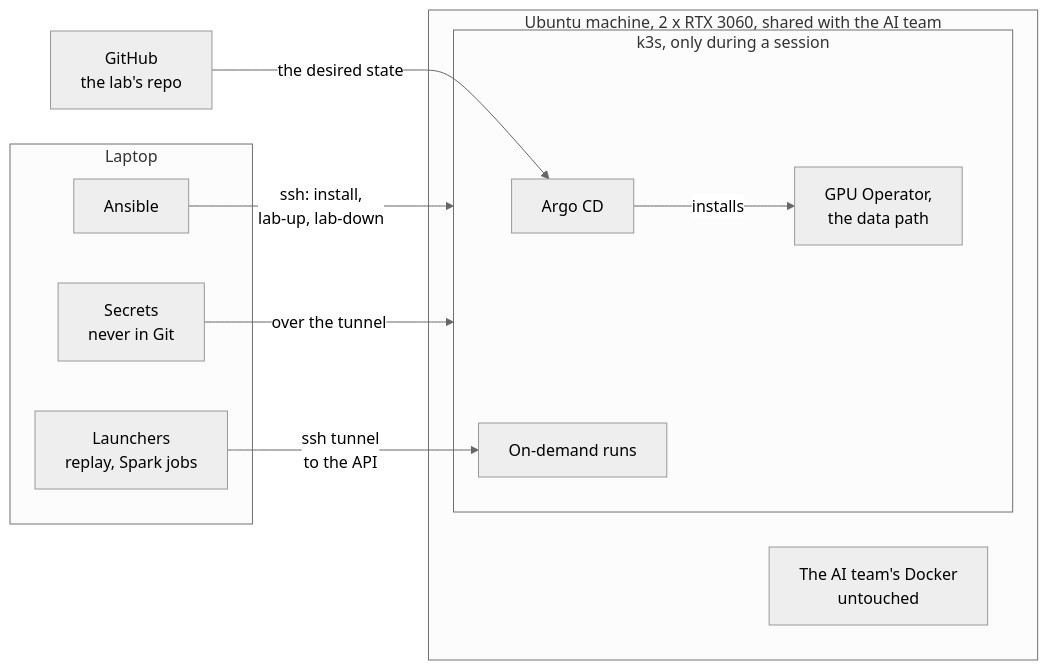
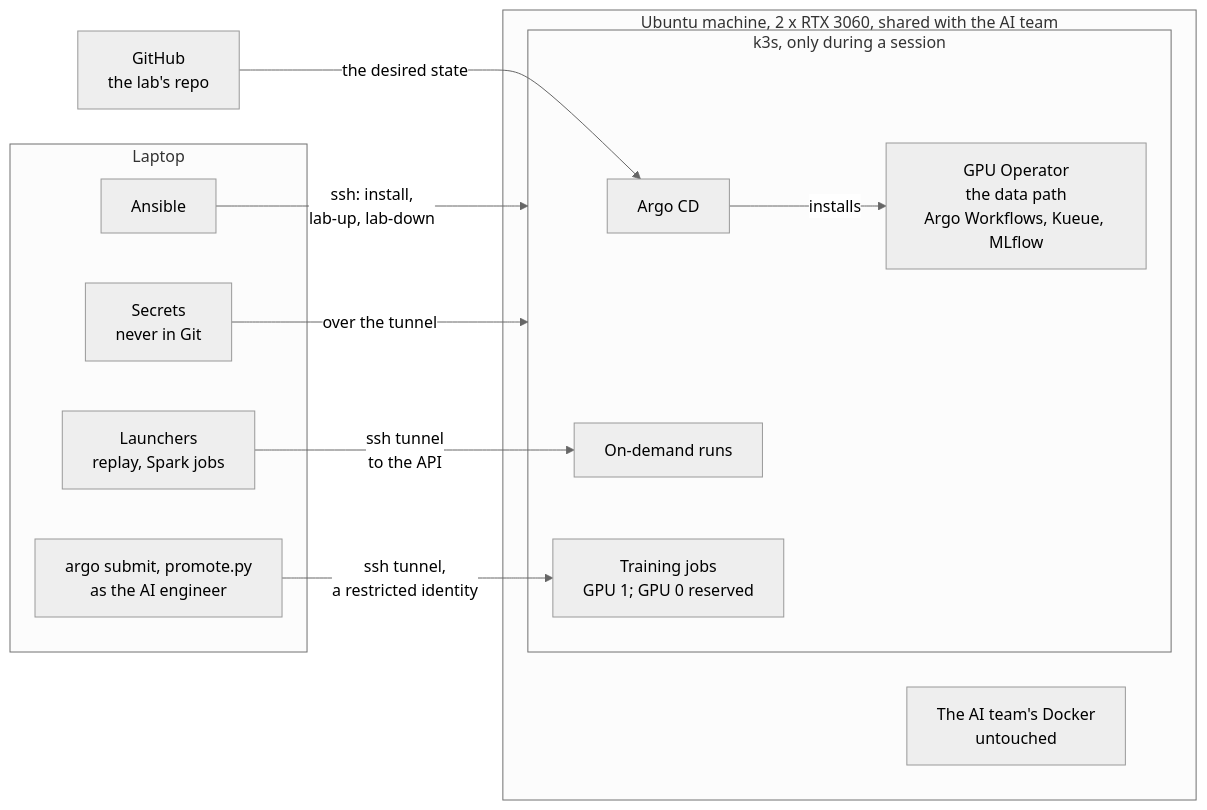
The fourth of 5 diagrams in README.md (caokgit/ocr-platform), drawn with Mermaid (neutral theme) before and after one commit. The commit also changed other lines of this file and 47 other files, not shown here.

Commit message:
The training platform (phase 2b): one argo submit trains the detector, Kueue queues the GPU, MLflow tracks and registers, a promotion gate with a measured margin; T2 done for the detector, T7 and T8 half done, T1 not met as written (#11)

````diff
--- a/README.md
+++ b/README.md
@@ -146,21 +176,24 @@
 ```mermaid
 flowchart LR
   subgraph laptop["Laptop"]
     ans["Ansible"]
     launch["Launchers<br/>replay, Spark jobs"]
+    ae["argo submit, promote.py<br/>as the AI engineer"]
     sec["Secrets<br/>never in Git"]
   end
   gh["GitHub<br/>the lab's repo"]
   subgraph box["Ubuntu machine, 2 x RTX 3060, shared with the AI team"]
     docker["The AI team's Docker<br/>untouched"]
     subgraph k3s["k3s, only during a session"]
       argo["Argo CD"]
-      svc["GPU Operator,<br/>the data path"]
+      svc["GPU Operator<br/>the data path<br/>Argo Workflows, Kueue, MLflow"]
       runs["On-demand runs"]
+      jobs["Training jobs<br/>GPU 1; GPU 0 reserved"]
     end
   end
   ans -->|"ssh: install,<br/>lab-up, lab-down"| k3s
   gh -->|"the desired state"| argo -->|"installs"| svc
   launch -->|"ssh tunnel<br/>to the API"| runs
+  ae -->|"ssh tunnel,<br/>a restricted identity"| jobs
   sec -->|"over the tunnel"| k3s
 ```
````
